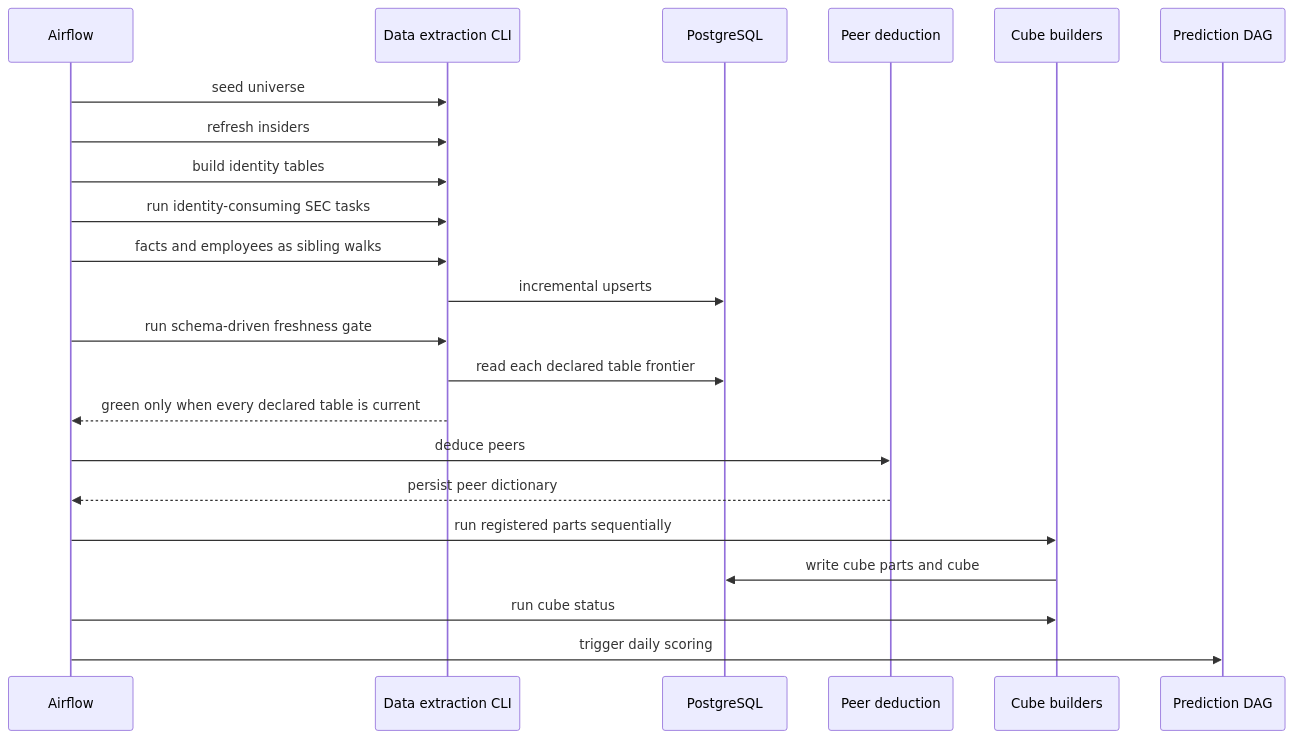
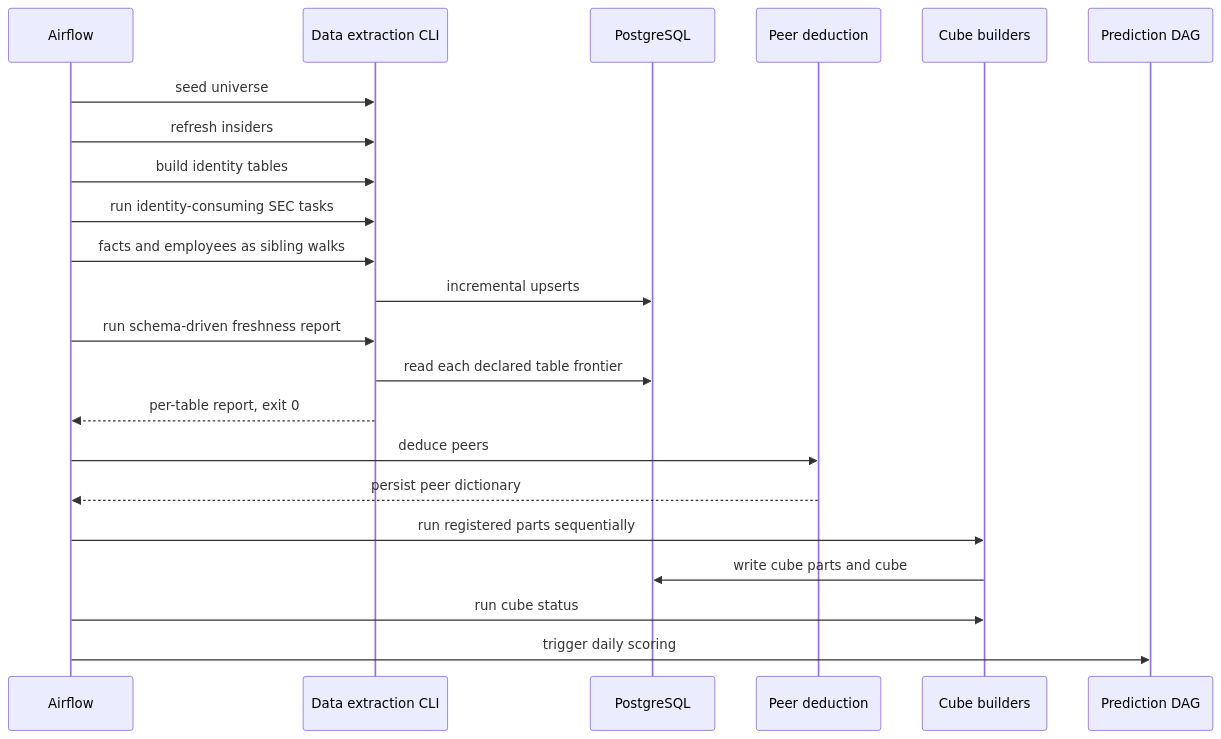
One commit to alexandredelarrard/PEA changed the diagram in wiki/flows/nightly-data-refresh.md. Above: the diagram before and after it, drawn with Mermaid. The commit also changed other lines of this file and 17 other files, not shown here.

```diff
--- a/wiki/flows/nightly-data-refresh.md
+++ b/wiki/flows/nightly-data-refresh.md
@@ -21,24 +21,24 @@
 ~~~mermaid
 sequenceDiagram
   participant Airflow
   participant Extract as Data extraction CLI
   participant Store as PostgreSQL
   participant Peers as Peer deduction
   participant Cube as Cube builders
   participant Predict as Prediction DAG
   Airflow->>Extract: seed universe
   Airflow->>Extract: refresh insiders
   Airflow->>Extract: build identity tables
   Airflow->>Extract: run identity-consuming SEC tasks
   Airflow->>Extract: facts and employees as sibling walks
   Extract->>Store: incremental upserts
-  Airflow->>Extract: run schema-driven freshness gate
+  Airflow->>Extract: run schema-driven freshness report
   Extract->>Store: read each declared table frontier
-  Extract-->>Airflow: green only when every declared table is current
+  Extract-->>Airflow: per-table report, exit 0
   Airflow->>Peers: deduce peers
   Peers-->>Airflow: persist peer dictionary
   Airflow->>Cube: run registered parts sequentially
   Cube->>Store: write cube parts and cube
   Airflow->>Cube: run cube status
   Airflow->>Predict: trigger daily scoring
 ~~~
```
